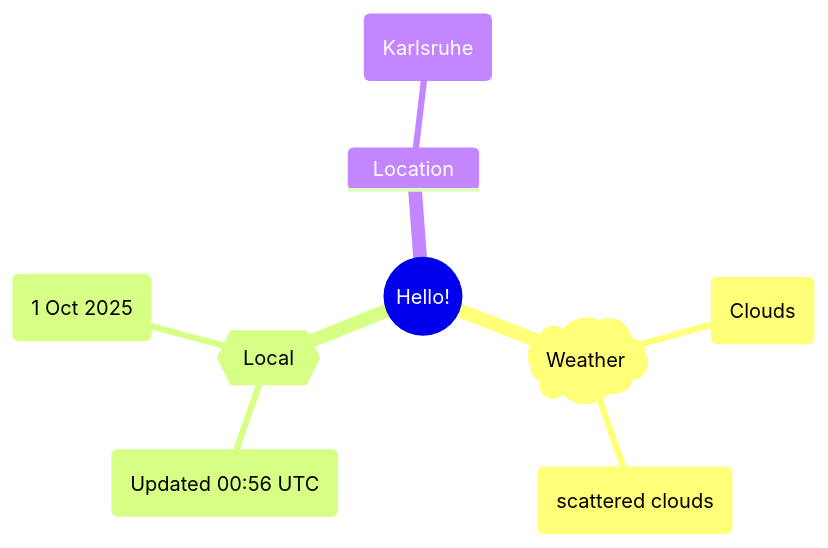
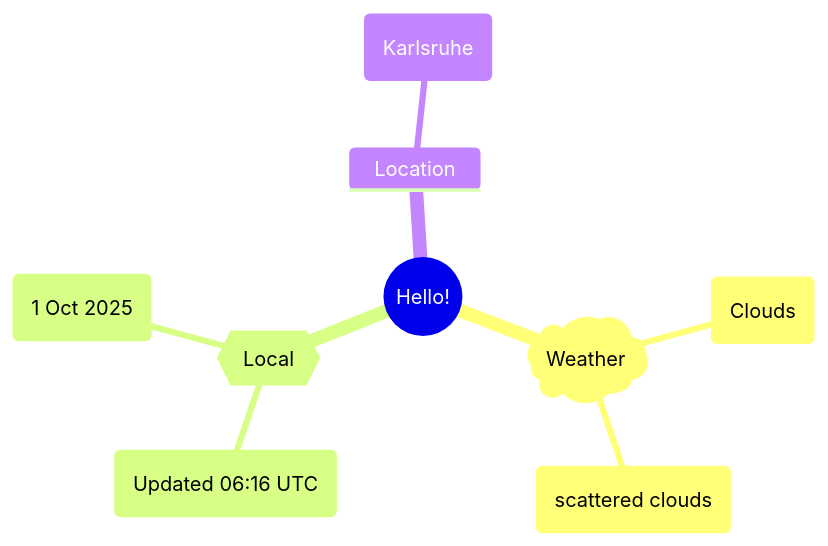
Before and after one commit to Xosrov/Xosrov: the first of 2 diagrams in README.md, drawn with Mermaid.

Commit message:
[bot] updated images

````diff
--- a/README.md
+++ b/README.md
@@ -3,12 +3,12 @@
 ```mermaid
 mindmap
   root((Hello!))
     )Weather(
         (Clouds)
         (scattered clouds)
     {{Local}}
-        (Updated 00:56 UTC)
+        (Updated 06:16 UTC)
         (1 Oct 2025)
     Location
         (Karlsruhe)
 ```
````
